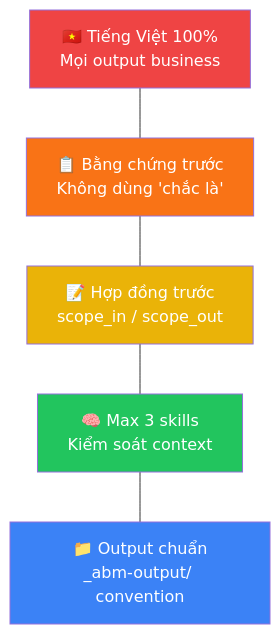
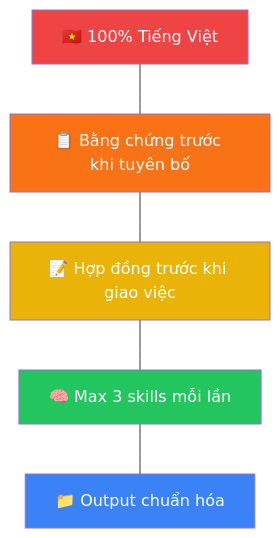
The sixth of 6 diagrams in README.md (xaotiensinh-abm/abm-workforce), drawn with Mermaid before and after one commit. The commit also changed other lines of this file, not shown here.

````diff
--- a/README.md
+++ b/README.md
@@ -404,16 +371,16 @@
 ```mermaid
 graph TB
-    R1["🇻🇳 Tiếng Việt 100%<br/>Mọi output business"]
-    R2["📋 Bằng chứng trước<br/>Không dùng 'chắc là'"]
-    R3["📝 Hợp đồng trước<br/>scope_in / scope_out"]
-    R4["🧠 Max 3 skills<br/>Kiểm soát context"]
-    R5["📁 Output chuẩn<br/>_abm-output/ convention"]
+    R1["🇻🇳 100% Tiếng Việt"]
+    R2["📋 Bằng chứng trước khi tuyên bố"]
+    R3["📝 Hợp đồng trước khi giao việc"]
+    R4["🧠 Max 3 skills mỗi lần"]
+    R5["📁 Output chuẩn hóa"]
 
     R1 --- R2 --- R3 --- R4 --- R5
 
     style R1 fill:#ef4444,color:#fff
     style R2 fill:#f97316,color:#fff
     style R3 fill:#eab308,color:#fff
     style R4 fill:#22c55e,color:#fff
     style R5 fill:#3b82f6,color:#fff
 ```
````
